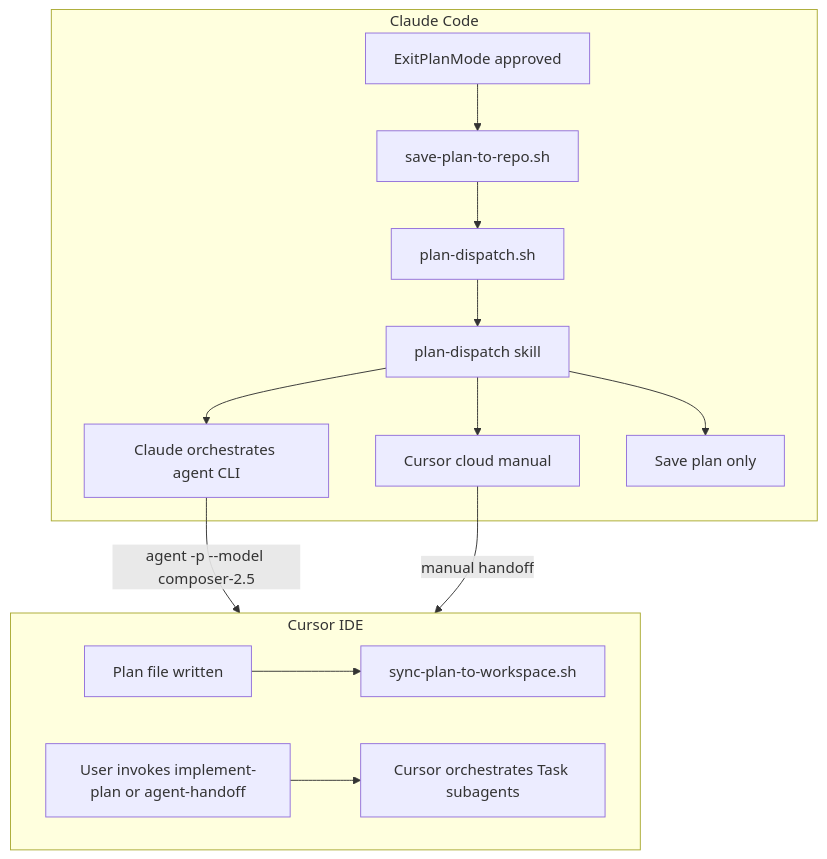
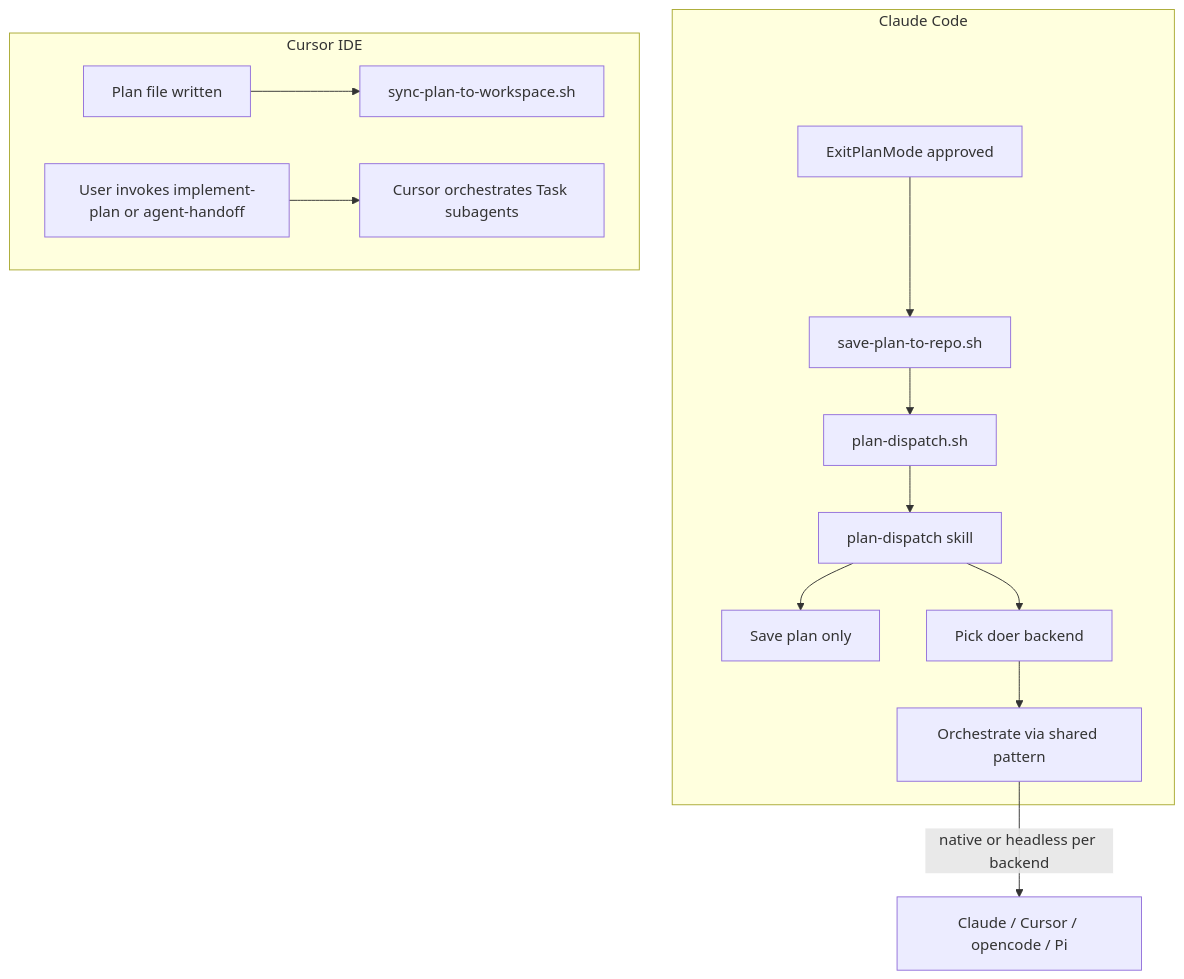
One commit to joemocode-business/joemocode-llm-plugins changed the diagram in plugins/plan-to-agents/README.md. Above: the diagram before and after it, drawn with Mermaid. The commit also changed other lines of this file and 7 other files, not shown here.

First line of the commit message:
Redesign plan dispatch to two-step flow and move plans to docs/plans/ (Phase 2).

````diff
--- a/plugins/plan-to-agents/README.md
+++ b/plugins/plan-to-agents/README.md
@@ -13,25 +13,24 @@
 ```mermaid
 flowchart TB
   subgraph claude [Claude Code]
     approve[ExitPlanMode approved]
     saveHook[save-plan-to-repo.sh]
     dispatchHook[plan-dispatch.sh]
     dispatchSkill[plan-dispatch skill]
     approve --> saveHook --> dispatchHook --> dispatchSkill
-    dispatchSkill --> cloud[Cursor cloud manual]
-    dispatchSkill --> claudeOrch[Claude orchestrates agent CLI]
     dispatchSkill --> saveOnly[Save plan only]
+    dispatchSkill --> pickBackend[Pick doer backend]
+    pickBackend --> orchestrate[Orchestrate via shared pattern]
   end
 
   subgraph cursor [Cursor IDE]
     planEdit[Plan file written]
     syncHook[sync-plan-to-workspace.sh]
     explicit[User invokes implement-plan or agent-handoff]
     taskOrch[Cursor orchestrates Task subagents]
     planEdit --> syncHook
     explicit --> taskOrch
   end
 
-  claudeOrch -->|"agent -p --model composer-2.5"| cursor
-  cloud -->|"manual handoff"| cursor
+  orchestrate -->|"native or headless per backend"| doers[Claude / Cursor / opencode / Pi]
 ```
````
